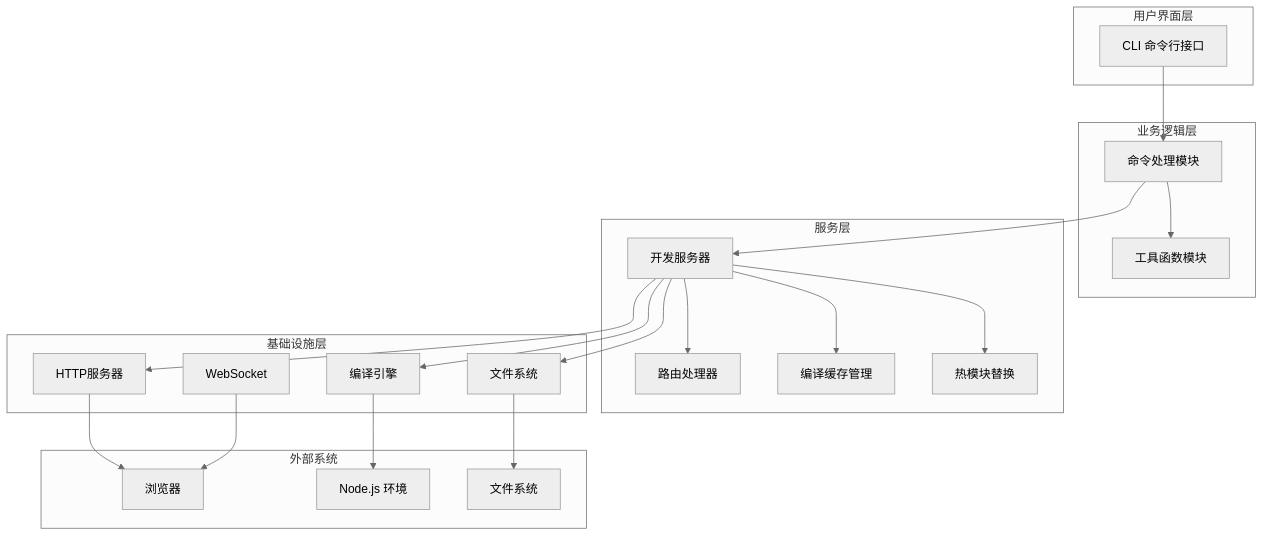
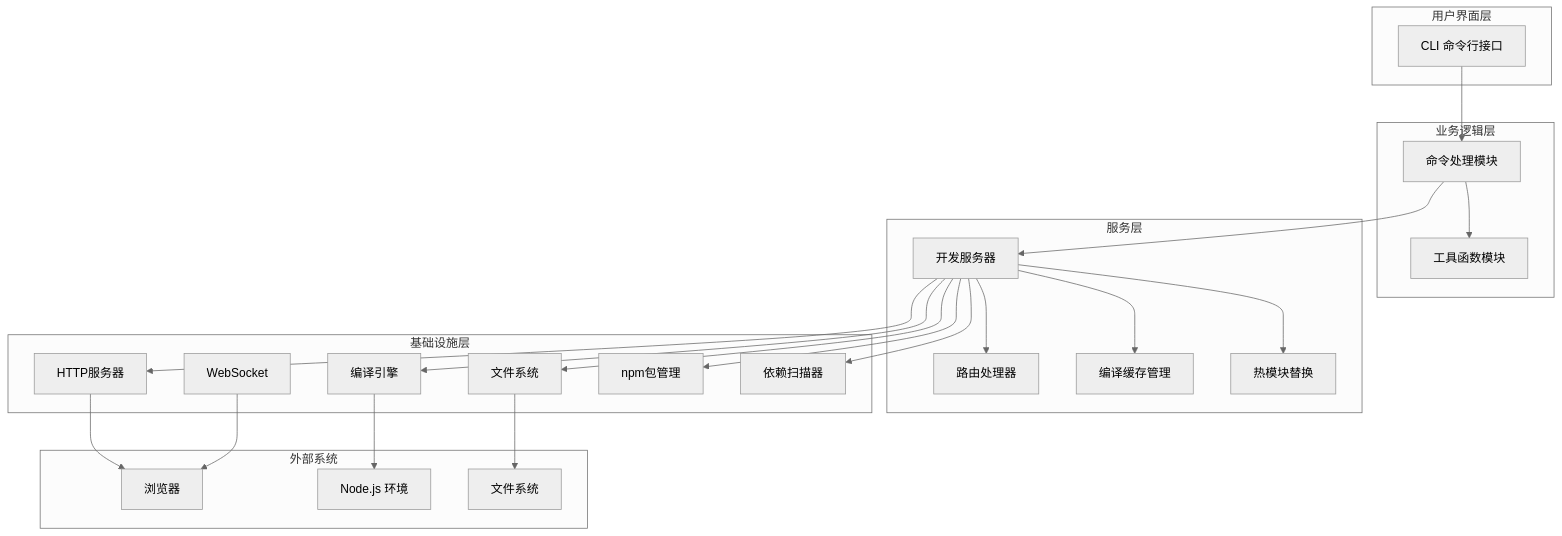
Before and after one commit to itszzl-sudo/iris: the third of 10 diagrams in .qoder/repowiki/zh/content/核心功能特性/Iris JetCrab CLI工具.md, drawn with Mermaid (neutral theme). The commit also changed other lines of this file and 63 other files, not shown here.

````diff
--- a/.qoder/repowiki/zh/content/核心功能特性/Iris JetCrab CLI工具.md
+++ b/.qoder/repowiki/zh/content/核心功能特性/Iris JetCrab CLI工具.md
@@ -154,40 +163,44 @@
 ```mermaid
 graph TB
 subgraph "用户界面层"
 CLI[CLI 命令行接口]
 end
 subgraph "业务逻辑层"
 Commands[命令处理模块]
 Utils[工具函数模块]
 end
 subgraph "服务层"
 DevServer[开发服务器]
 Routes[路由处理器]
 CompilerCache[编译缓存管理]
 HMR[热模块替换]
 end
 subgraph "基础设施层"
 HTTP[HTTP服务器]
 Engine[编译引擎]
 FS[文件系统]
 WS[WebSocket]
+NPM[npm包管理]
+DepScan[依赖扫描器]
 end
 subgraph "外部系统"
 Browser[浏览器]
 NodeJS[Node.js 环境]
 FileSystem[文件系统]
 end
 CLI --> Commands
 Commands --> DevServer
 Commands --> Utils
 DevServer --> Routes
 DevServer --> CompilerCache
 DevServer --> HMR
 DevServer --> HTTP
 DevServer --> Engine
 DevServer --> FS
+DevServer --> NPM
+DevServer --> DepScan
 HTTP --> Browser
 Engine --> NodeJS
 FS --> FileSystem
 WS --> Browser
 ```
````
